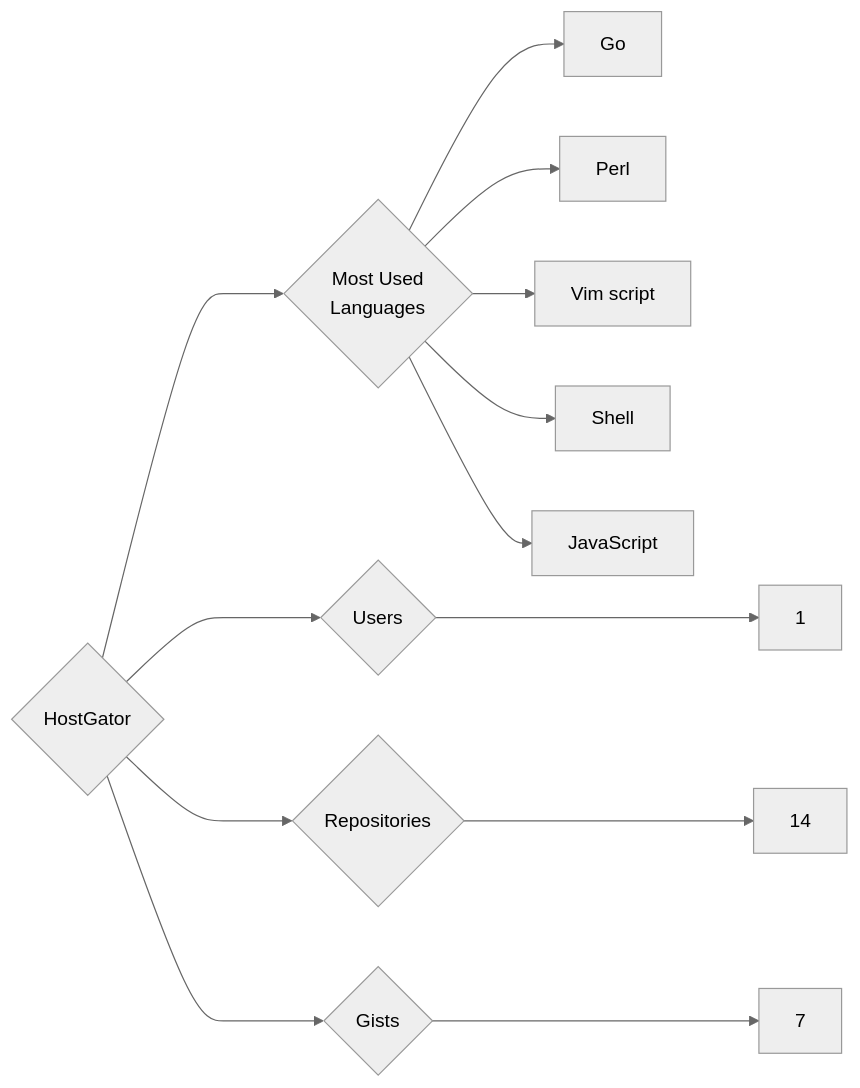
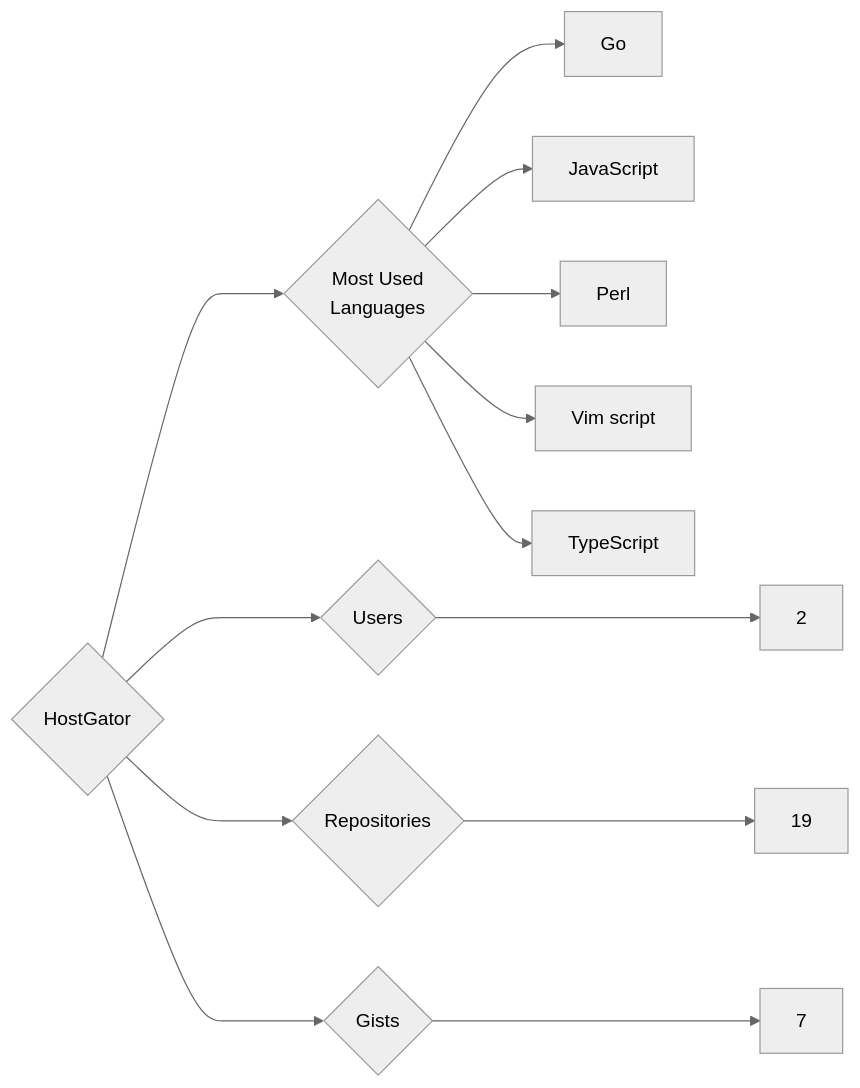
The diagram in targets/HostGator/README.md (trickest/insiders), drawn with Mermaid (neutral theme) before and after one commit. The commit also changed 874 other files, not shown here.

````diff
--- a/targets/HostGator/README.md
+++ b/targets/HostGator/README.md
@@ -3,13 +3,13 @@
 ```mermaid
 graph LR
 COMPANY_NAME{HostGator}
-COMPANY_NAME ---> U{Users} ---> UN[1]
-COMPANY_NAME ---> R{Repositories} ---> RN[14]
+COMPANY_NAME ---> U{Users} ---> UN[2]
+COMPANY_NAME ---> R{Repositories} ---> RN[19]
 COMPANY_NAME ---> G{Gists} ---> GN[7]
 COMPANY_NAME ---> ML{Most Used<br>Languages}
 ML --> Go[Go]
+ML --> JavaScript[JavaScript]
 ML --> Perl[Perl]
 ML --> Vim_script[Vim script]
-ML --> Shell[Shell]
-ML --> JavaScript[JavaScript]
+ML --> TypeScript[TypeScript]
 ```
````
